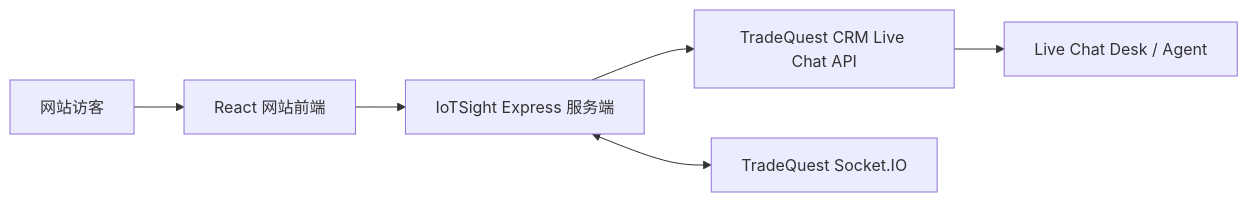
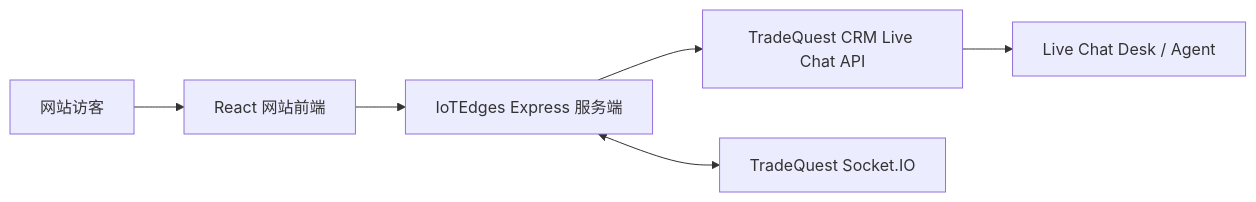
One commit to samlau0086/iotsight changed the second of 2 diagrams in README.md. Above: the diagram before and after it, drawn with Mermaid. The commit also changed other lines of this file and 21 other files, not shown here.

````diff
--- a/README.md
+++ b/README.md
@@ -214,8 +214,8 @@
 ```mermaid
 flowchart LR
   Visitor["网站访客"] --> React["React 网站前端"]
-  React --> Express["IoTSight Express 服务端"]
+  React --> Express["IoTEdges Express 服务端"]
   Express --> CRM["TradeQuest CRM Live Chat API"]
   Express <--> Socket["TradeQuest Socket.IO"]
   CRM --> Desk["Live Chat Desk / Agent"]
 ```
````
